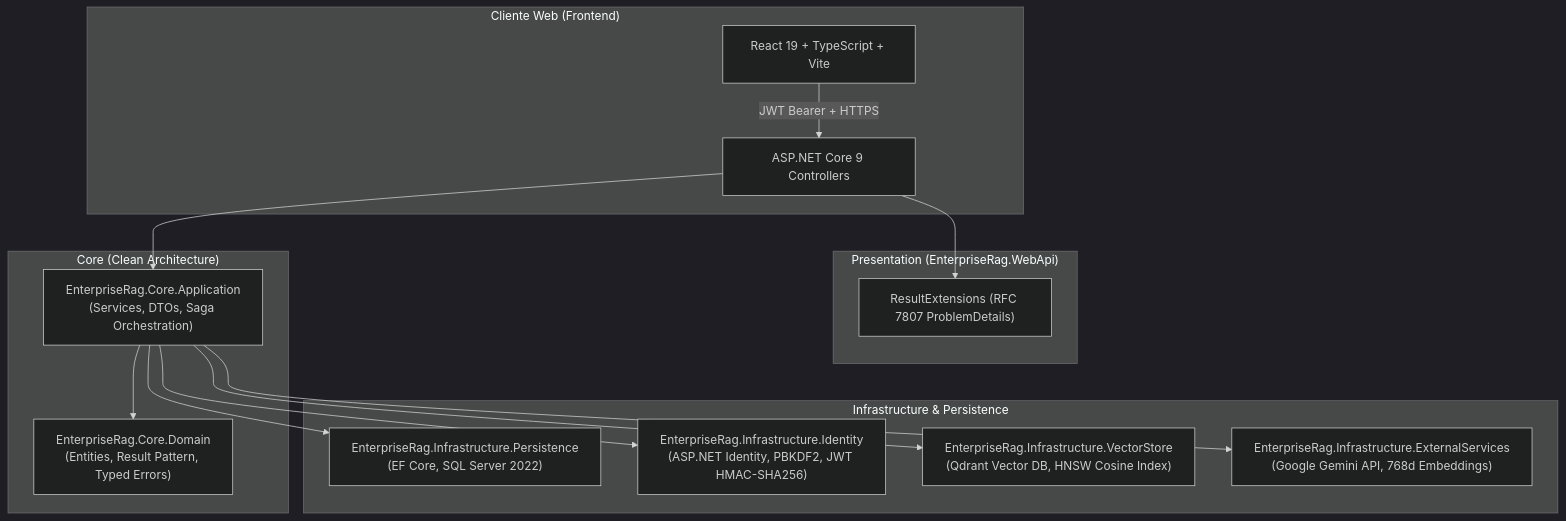
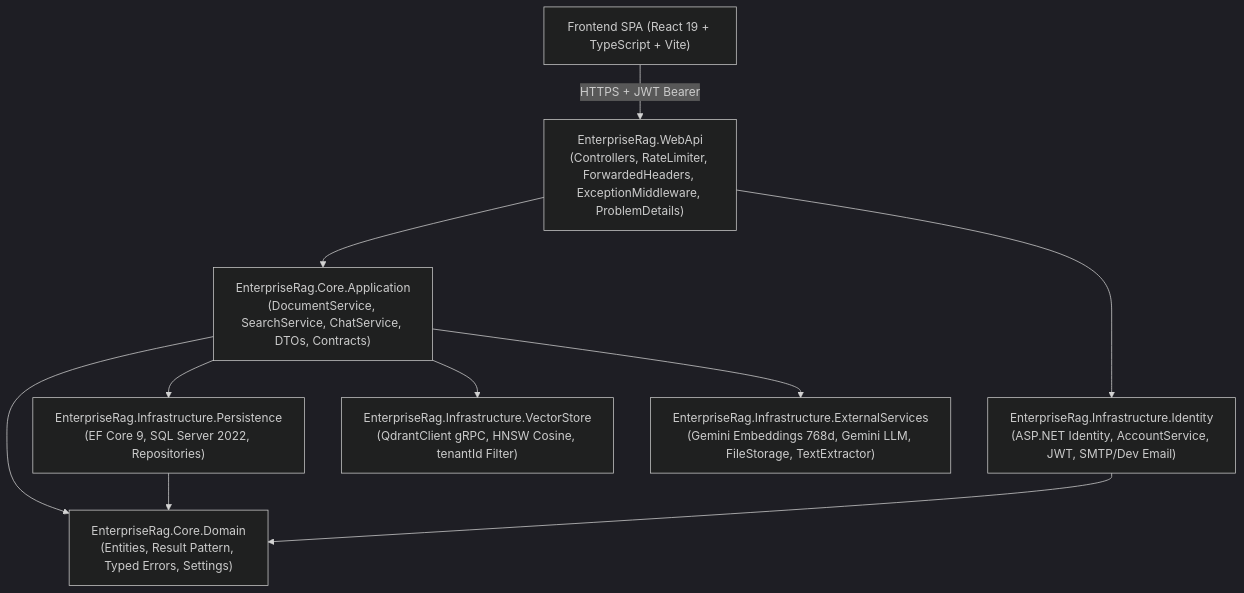
One commit to Adrixn23/enterprise-rag-system changed the diagram in README.md. Above: the diagram before and after it, drawn with Mermaid (dark theme). The commit also changed other lines of this file and 38 other files, not shown here.

Commit message:
feat(security,rag): harden multi-tenant isolation, email verification flow, rate limiting, and portfolio documentation

````diff
--- a/README.md
+++ b/README.md
@@ -44,32 +43,21 @@
 ```mermaid
 flowchart TD
-    subgraph ClientLayer ["Cliente Web (Frontend)"]
-        UI["React 19 + TypeScript + Vite"]
-        UI -->|JWT Bearer + HTTPS| API
-    end
+    Client["Frontend SPA (React 19 + TypeScript + Vite)"]
+    Api["EnterpriseRag.WebApi\n(Controllers, RateLimiter, ForwardedHeaders, ExceptionMiddleware, ProblemDetails)"]
+    App["EnterpriseRag.Core.Application\n(DocumentService, SearchService, ChatService, DTOs, Contracts)"]
+    Domain["EnterpriseRag.Core.Domain\n(Entities, Result Pattern, Typed Errors, Settings)"]
+    Persistence["EnterpriseRag.Infrastructure.Persistence\n(EF Core 9, SQL Server 2022, Repositories)"]
+    Identity["EnterpriseRag.Infrastructure.Identity\n(ASP.NET Identity, AccountService, JWT, SMTP/Dev Email)"]
+    Vector["EnterpriseRag.Infrastructure.VectorStore\n(QdrantClient gRPC, HNSW Cosine, tenantId Filter)"]
+    External["EnterpriseRag.Infrastructure.ExternalServices\n(Gemini Embeddings 768d, Gemini LLM, FileStorage, TextExtractor)"]
 
-    subgraph ApiLayer ["Presentation (EnterpriseRag.WebApi)"]
-        API["ASP.NET Core 9 Controllers"]
-        ResultExt["ResultExtensions (RFC 7807 ProblemDetails)"]
-        API --> ResultExt
-    end
-
-    subgraph CoreLayer ["Core (Clean Architecture)"]
-        App["EnterpriseRag.Core.Application\n(Services, DTOs, Saga Orchestration)"]
-        Domain["EnterpriseRag.Core.Domain\n(Entities, Result Pattern, Typed Errors)"]
-        App --> Domain
-    end
-
-    subgraph InfraLayer ["Infrastructure & Persistence"]
-        Persistence["EnterpriseRag.Infrastructure.Persistence\n(EF Core, SQL Server 2022)"]
-        Identity["EnterpriseRag.Infrastructure.Identity\n(ASP.NET Identity, PBKDF2, JWT HMAC-SHA256)"]
-        VectorStore["EnterpriseRag.Infrastructure.VectorStore\n(Qdrant Vector DB, HNSW Cosine Index)"]
-        ExtServices["EnterpriseRag.Infrastructure.ExternalServices\n(Google Gemini API, 768d Embeddings)"]
-    end
-
-    API --> App
+    Client -->|HTTPS + JWT Bearer| Api
+    Api --> App
+    App --> Domain
     App --> Persistence
-    App --> Identity
-    App --> VectorStore
-    App --> ExtServices
+    App --> Vector
+    App --> External
+    Api --> Identity
+    Identity --> Domain
+    Persistence --> Domain
 ```
````
